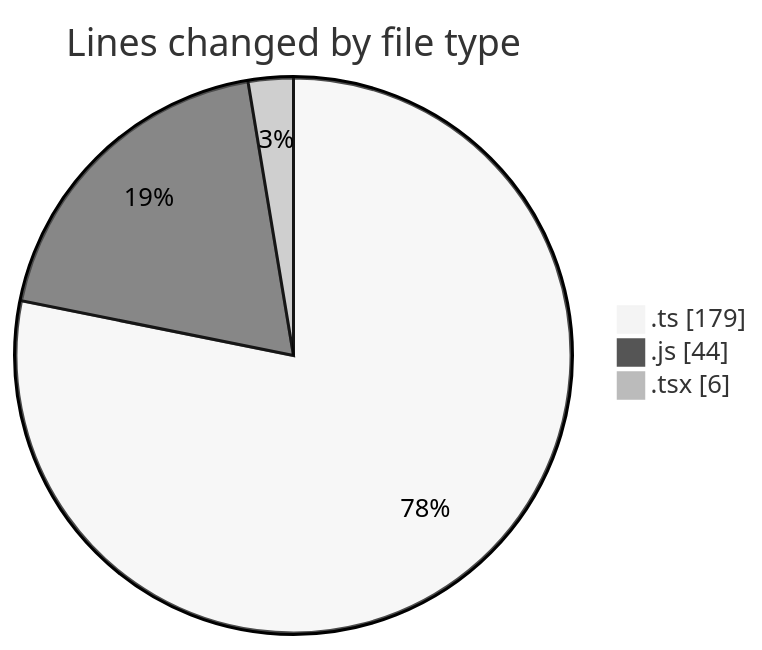
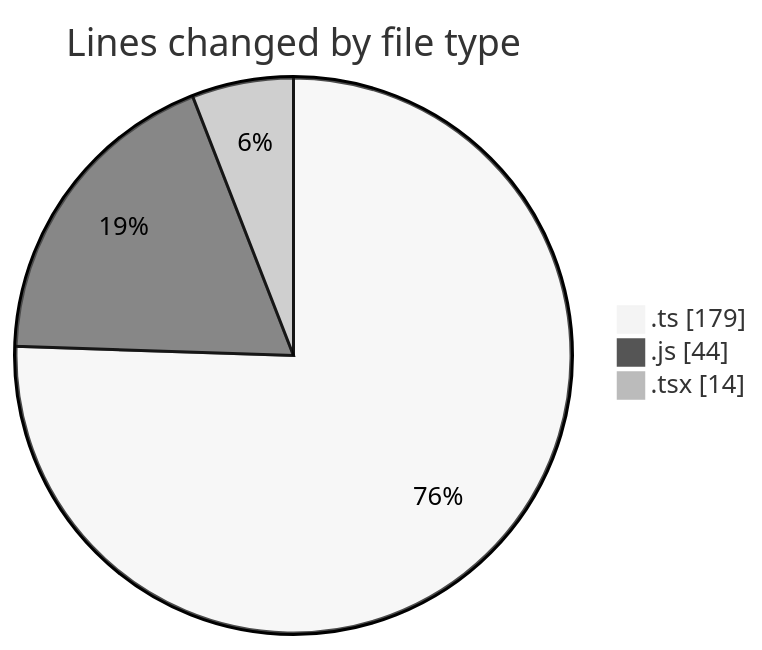
Before and after one commit to momahboobian/code-tracking: the first of 2 diagrams in 2026-08-03/cda/README.md, drawn with Mermaid (neutral theme). The commit also changed other lines of this file and 1 other file, not shown here.

````diff
--- a/2026-08-03/cda/README.md
+++ b/2026-08-03/cda/README.md
@@ -27,7 +27,7 @@
 ```mermaid
 pie showData
 title Lines changed by file type
 ".ts" : 179
 ".js" : 44
-".tsx" : 6
+".tsx" : 14
 ```
````
